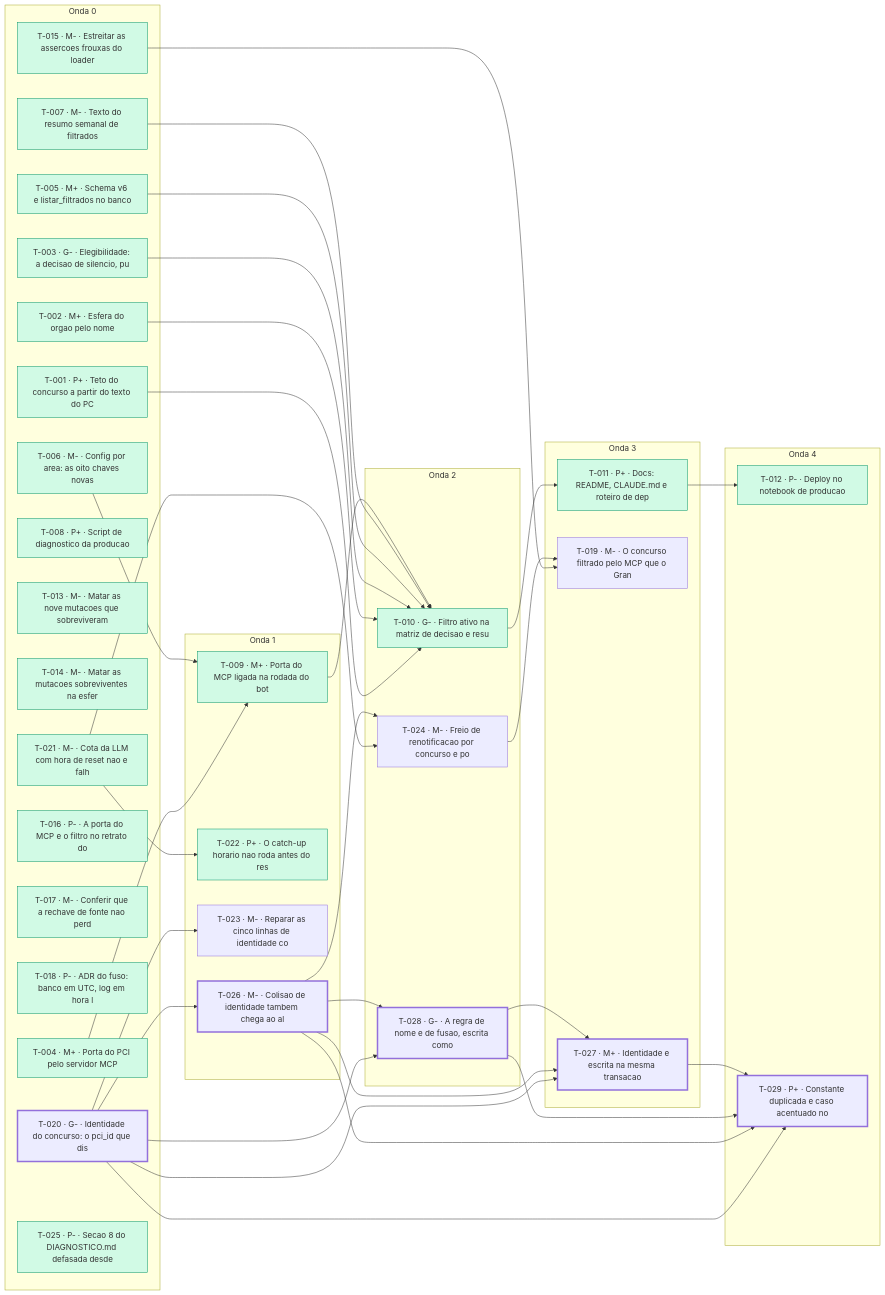
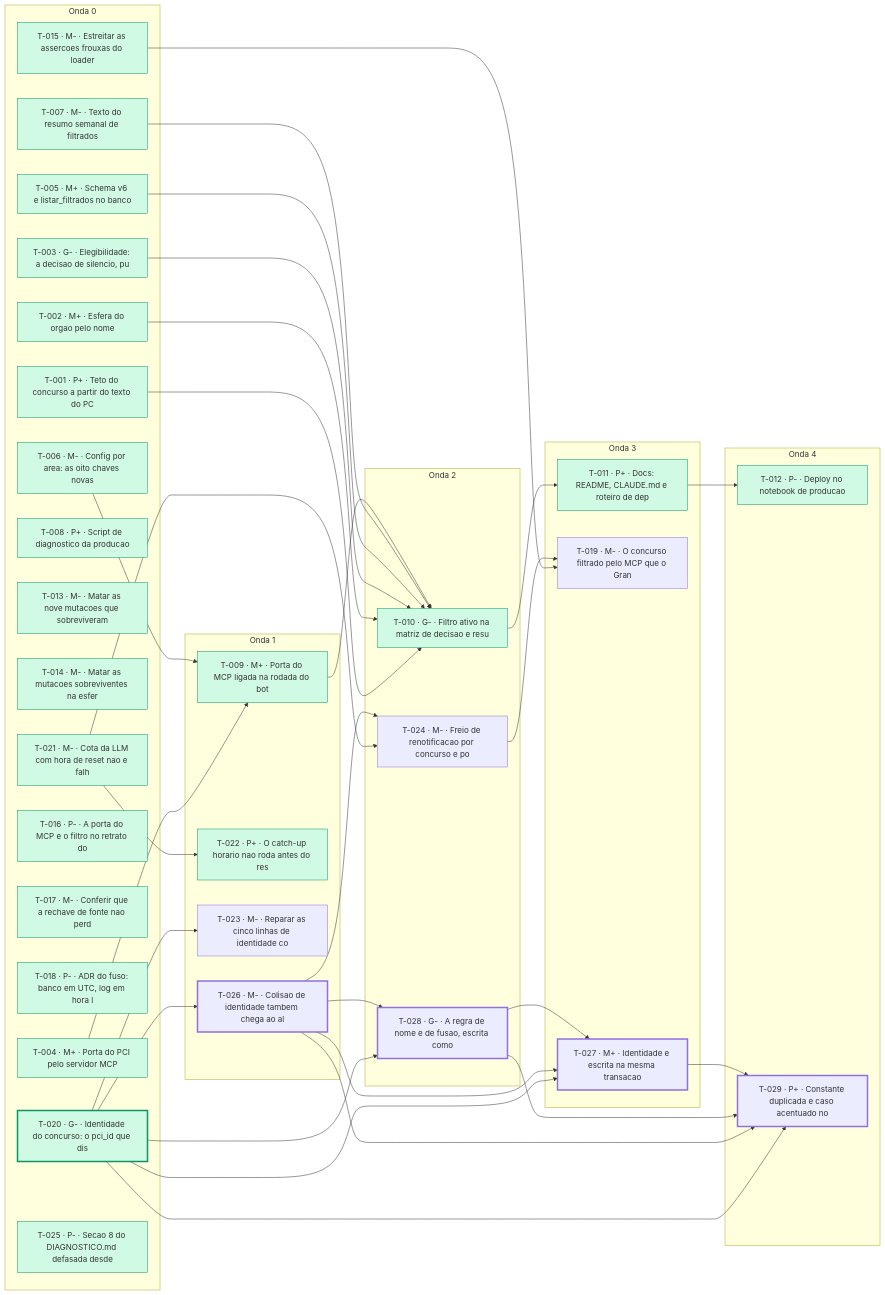
The diagram in kanban/MAPA.md (lucasmsorrentino/monitor_concursos_ti), drawn with Mermaid before and after one commit. The commit also changed other lines of this file and 3 other files, not shown here.

````diff
--- a/kanban/MAPA.md
+++ b/kanban/MAPA.md
@@ -88,72 +88,72 @@
 ```mermaid
 graph LR
   subgraph O0["Onda 0"]
     T001["T-001 · P+ · Teto do concurso a partir do texto do PC"]
     T002["T-002 · M+ · Esfera do orgao pelo nome"]
     T003["T-003 · G- · Elegibilidade: a decisao de silencio, pu"]
     T004["T-004 · M+ · Porta do PCI pelo servidor MCP"]
     T005["T-005 · M+ · Schema v6 e listar_filtrados no banco"]
     T006["T-006 · M- · Config por area: as oito chaves novas"]
     T007["T-007 · M- · Texto do resumo semanal de filtrados"]
     T008["T-008 · P+ · Script de diagnostico da producao"]
     T013["T-013 · M- · Matar as nove mutacoes que sobreviveram "]
     T014["T-014 · M- · Matar as mutacoes sobreviventes na esfer"]
     T015["T-015 · M- · Estreitar as assercoes frouxas do loader"]
     T016["T-016 · P- · A porta do MCP e o filtro no retrato do "]
     T017["T-017 · M- · Conferir que a rechave de fonte nao perd"]
     T018["T-018 · P- · ADR do fuso: banco em UTC, log em hora l"]
     T020["T-020 · G- · Identidade do concurso: o pci_id que dis"]
     T021["T-021 · M- · Cota da LLM com hora de reset nao e falh"]
     T025["T-025 · P- · Secao 8 do DIAGNOSTICO.md defasada desde"]
   end
   subgraph O1["Onda 1"]
     T009["T-009 · M+ · Porta do MCP ligada na rodada do bot"]
     T022["T-022 · P+ · O catch-up horario nao roda antes do res"]
     T023["T-023 · M- · Reparar as cinco linhas de identidade co"]
     T026["T-026 · M- · Colisao de identidade tambem chega ao al"]
   end
   subgraph O2["Onda 2"]
     T010["T-010 · G- · Filtro ativo na matriz de decisao e resu"]
     T024["T-024 · M- · Freio de renotificacao por concurso e po"]
     T028["T-028 · G- · A regra de nome e de fusao, escrita como"]
   end
   subgraph O3["Onda 3"]
     T011["T-011 · P+ · Docs: README, CLAUDE.md e roteiro de dep"]
     T019["T-019 · M- · O concurso filtrado pelo MCP que o Gran "]
     T027["T-027 · M+ · Identidade e escrita na mesma transacao "]
   end
   subgraph O4["Onda 4"]
     T012["T-012 · P- · Deploy no notebook de producao"]
     T029["T-029 · P+ · Constante duplicada e caso acentuado no "]
   end
   T004 --> T009
   T006 --> T009
   T001 --> T010
   T002 --> T010
   T003 --> T010
   T005 --> T010
   T007 --> T010
   T009 --> T010
   T010 --> T011
   T011 --> T012
   T015 --> T019
   T024 --> T019
   T021 --> T022
   T020 --> T023
   T021 --> T024
   T026 --> T024
   T020 --> T026
   T020 --> T027
   T026 --> T027
   T028 --> T027
   T020 --> T028
   T026 --> T028
   T020 --> T029
   T026 --> T029
   T028 --> T029
   T027 --> T029
   classDef integrado fill:#d1fae5,stroke:#059669
-  class T001,T002,T003,T004,T005,T006,T007,T008,T009,T010,T011,T012,T013,T014,T015,T016,T017,T018,T021,T022,T025 integrado
+  class T001,T002,T003,T004,T005,T006,T007,T008,T009,T010,T011,T012,T013,T014,T015,T016,T017,T018,T020,T021,T022,T025 integrado
   classDef critico stroke-width:3px
   class T020,T026,T028,T027,T029 critico
 ```
````
